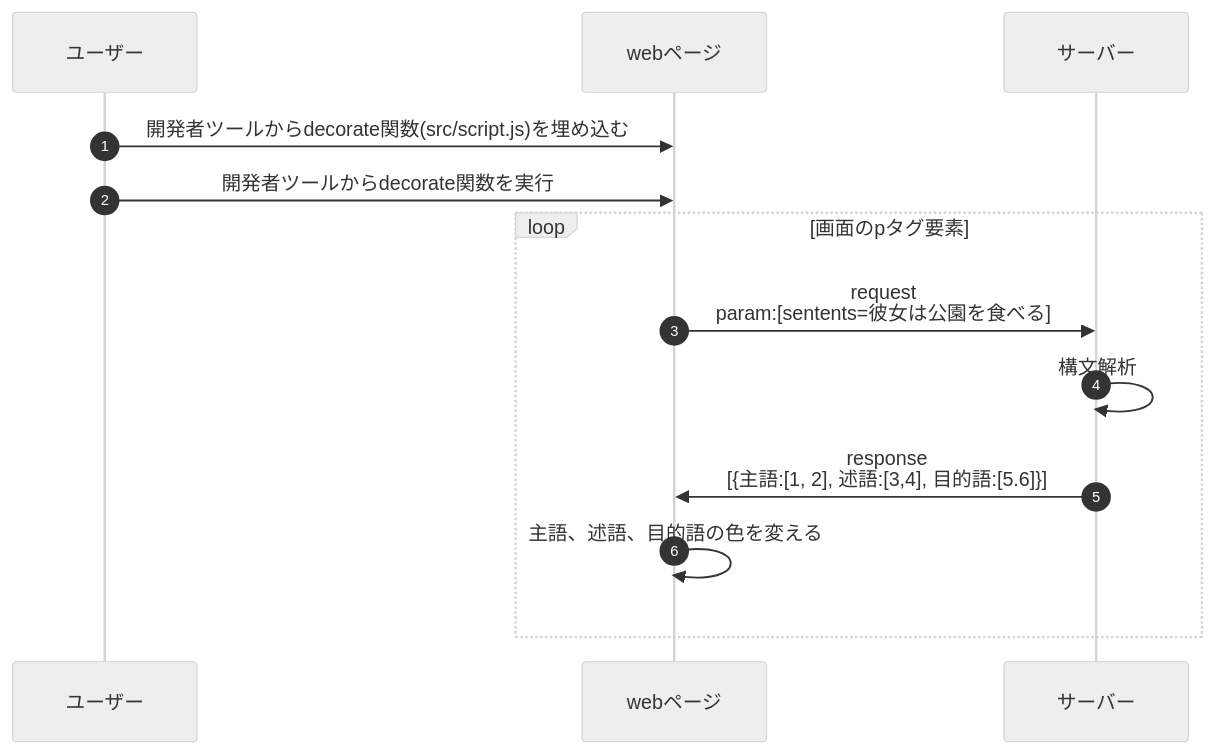
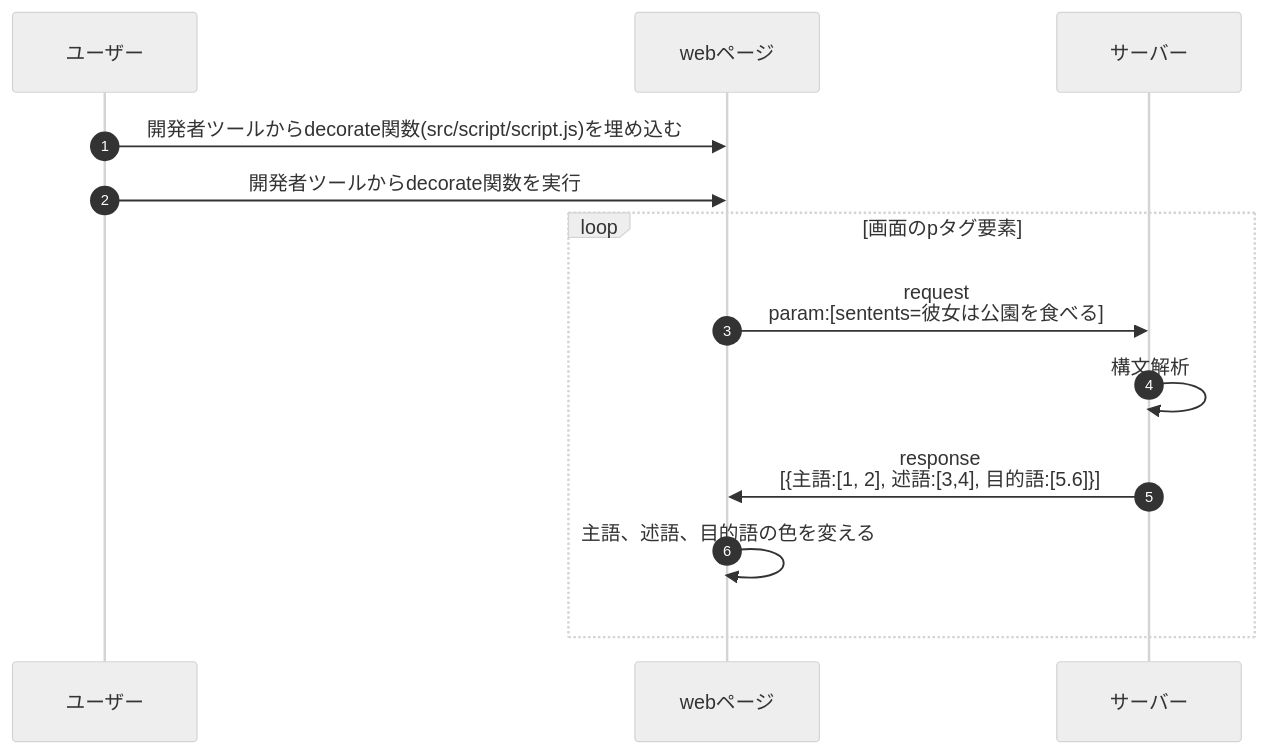
One commit to ritogk/sentence-decorate changed the diagram in README.md. Above: the diagram before and after it, drawn with Mermaid (neutral theme). The commit also changed other lines of this file and 2 other files, not shown here.

````diff
--- a/README.md
+++ b/README.md
@@ -7,12 +9,12 @@
 ```mermaid
 sequenceDiagram
 	autonumber
-	ユーザー->>webページ:開発者ツールからdecorate関数(src/script.js)を埋め込む
+	ユーザー->>webページ:開発者ツールからdecorate関数(src/script/script.js)を埋め込む
 	ユーザー->>webページ:開発者ツールからdecorate関数を実行
 	loop 画面のpタグ要素
 		webページ->>サーバー:request<br> param:[sentents=彼女は公園を食べる]
 		サーバー->>サーバー:構文解析
 		サーバー->>webページ:response <br>[{主語:[1, 2], 述語:[3,4], 目的語:[5.6]}]
-		webページ->>webページ:主語、述語、目的語の色を変える	
+		webページ->>webページ:主語、述語、目的語の色を変える
 	end
 ```
````
